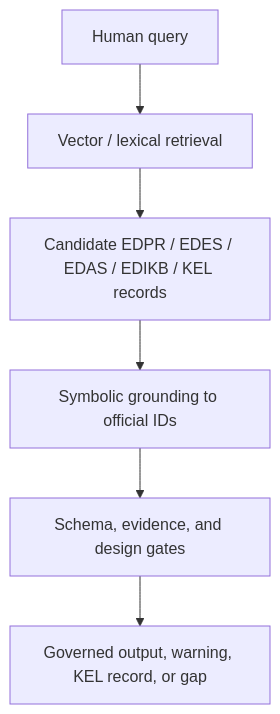
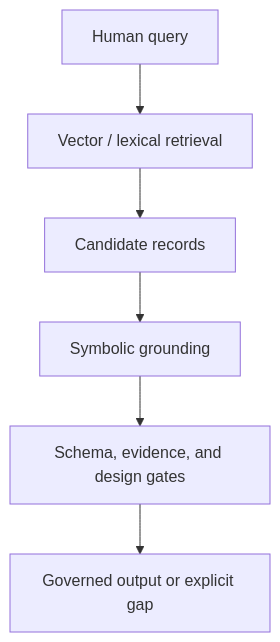
The second of 2 diagrams in papers/PAPER_01A_MANUSCRIPT_DRAFT.md (sreekx007/Slay-ILS-Designer-V1.0), drawn with Mermaid before and after one commit. The commit also changed other lines of this file, not shown here.

````diff
--- a/papers/PAPER_01A_MANUSCRIPT_DRAFT.md
+++ b/papers/PAPER_01A_MANUSCRIPT_DRAFT.md
@@ -224,8 +113,8 @@
 ```mermaid
 flowchart TD
     A[Human query] --> B[Vector / lexical retrieval]
-    B --> C[Candidate EDPR / EDES / EDAS / EDIKB / KEL records]
-    C --> D[Symbolic grounding to official IDs]
+    B --> C[Candidate records]
+    C --> D[Symbolic grounding]
     D --> E[Schema, evidence, and design gates]
-    E --> F[Governed output, warning, KEL record, or gap]
+    E --> F[Governed output or explicit gap]
 ```
````
